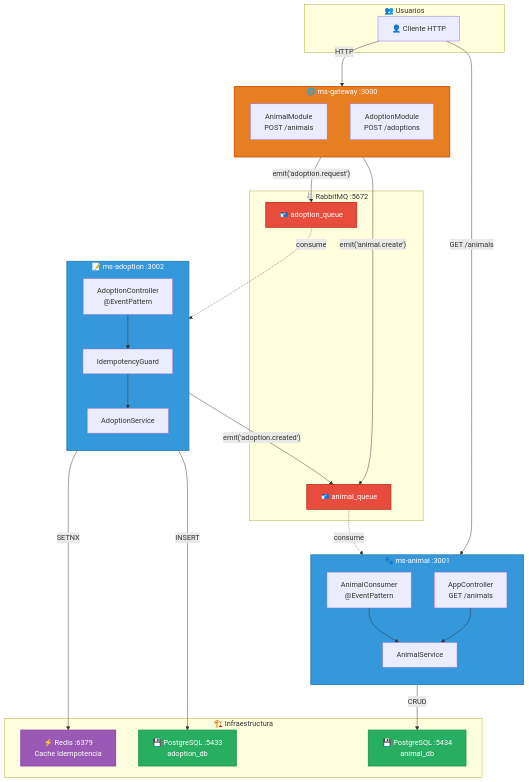
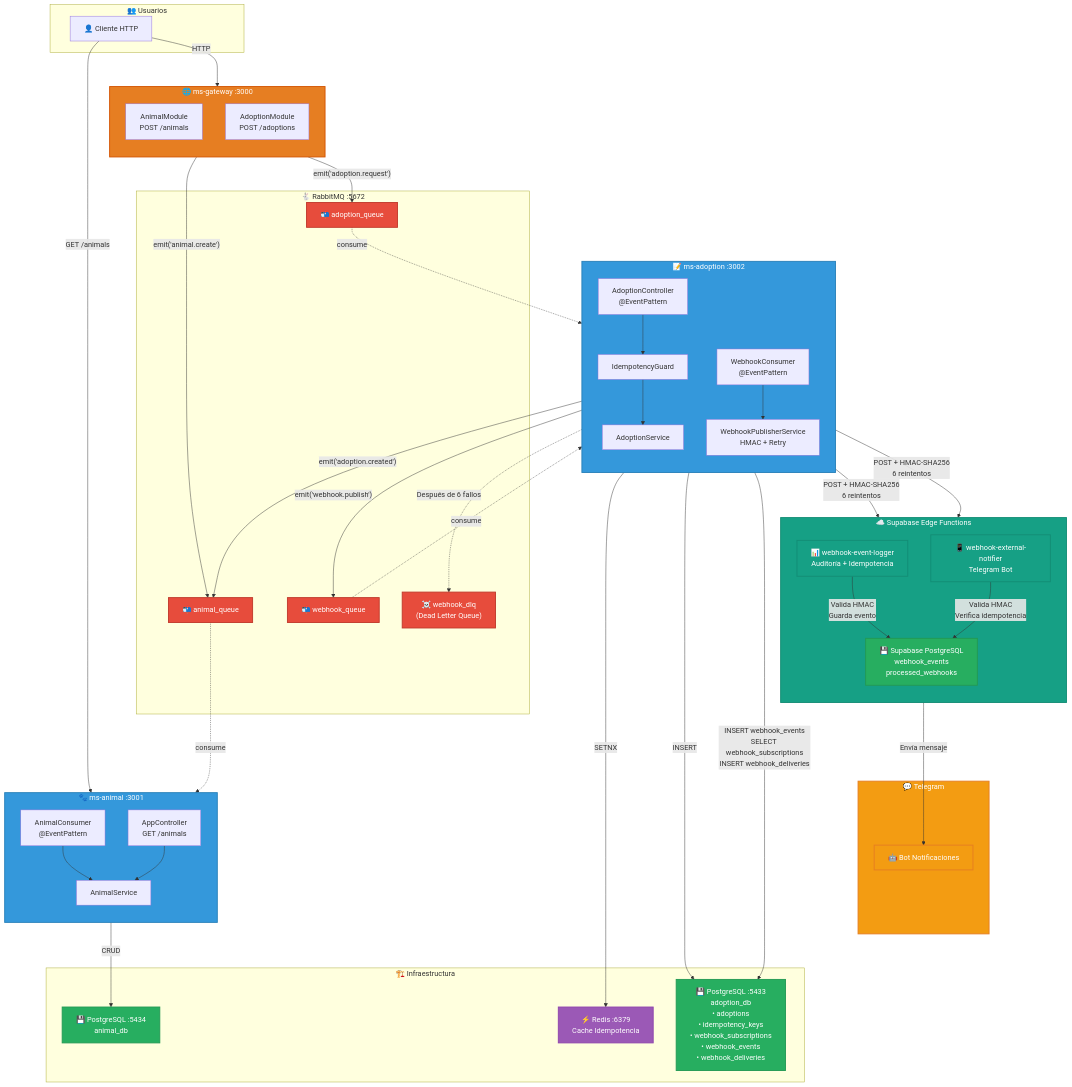
The diagram in README.md (justinz12xd/practicaweb-resilencia), drawn with Mermaid before and after one commit. The commit also changed other lines of this file and 6 other files, not shown here.

````diff
--- a/README.md
+++ b/README.md
@@ -20,6 +20,8 @@
     subgraph RABBIT ["🐇 RabbitMQ :5672"]
         Q_ANIMAL["📬 animal_queue"]
         Q_ADOPT["📬 adoption_queue"]
+        Q_WEBHOOK["📬 webhook_queue"]
+        Q_DLQ["☠️ webhook_dlq<br/>(Dead Letter Queue)"]
     end
 
     %% --- MS ADOPTION ---
@@ -28,6 +30,8 @@
         ADOPT_CTRL["AdoptionController<br/>@EventPattern"]
         ADOPT_SVC["AdoptionService"]
         IDEMP_GUARD["IdempotencyGuard"]
+        WH_CONSUMER["WebhookConsumer<br/>@EventPattern"]
+        WH_PUBLISHER["WebhookPublisherService<br/>HMAC + Retry"]
     end
 
     %% --- MS ANIMAL ---
@@ -38,14 +42,27 @@
         ANI_CTRL["AppController<br/>GET /animals"]
     end
 
+    %% --- SUPABASE EDGE FUNCTIONS ---
+    subgraph SUPABASE ["☁️ Supabase Edge Functions"]
+        direction TB
+        EF_LOGGER["📊 webhook-event-logger<br/>Auditoría + Idempotencia"]
+        EF_NOTIFIER["📱 webhook-external-notifier<br/>Telegram Bot"]
+        SB_DB["💾 Supabase PostgreSQL<br/>webhook_events<br/>processed_webhooks"]
+    end
+
+    %% --- TELEGRAM ---
+    subgraph TELEGRAM ["💬 Telegram"]
+        TG_BOT["🤖 Bot Notificaciones"]
+    end
+
     %% --- INFRAESTRUCTURA ---
     subgraph INFRA ["🏗️ Infraestructura"]
         REDIS["⚡ Redis :6379<br/>Cache Idempotencia"]
-        DB_ADOPT["💾 PostgreSQL :5433<br/>adoption_db"]
+        DB_ADOPT["💾 PostgreSQL :5433<br/>adoption_db<br/>• adoptions<br/>• idempotency_keys<br/>• webhook_subscriptions<br/>• webhook_events<br/>• webhook_deliveries"]
         DB_ANIMAL["💾 PostgreSQL :5434<br/>animal_db"]
     end
 
-    %% --- FLUJOS ---
+    %% --- FLUJOS PRINCIPALES ---
     
     %% Usuario al Gateway
     U1 -->|"HTTP"| GATEWAY
@@ -64,6 +81,20 @@
     IDEMP_GUARD --> ADOPT_SVC
     ADOPT_SVC -->|"INSERT"| DB_ADOPT
     ADOPT_SVC -->|"emit('adoption.created')"| Q_ANIMAL
+    
+    %% NUEVO: Flujo de Webhooks
+    ADOPT_SVC -->|"emit('webhook.publish')"| Q_WEBHOOK
+    Q_WEBHOOK -.->|"consume"| WH_CONSUMER
+    WH_CONSUMER --> WH_PUBLISHER
+    WH_PUBLISHER -->|"INSERT webhook_events<br/>SELECT webhook_subscriptions<br/>INSERT webhook_deliveries"| DB_ADOPT
+    WH_PUBLISHER -->|"POST + HMAC-SHA256<br/>6 reintentos"| EF_LOGGER
+    WH_PUBLISHER -->|"POST + HMAC-SHA256<br/>6 reintentos"| EF_NOTIFIER
+    WH_PUBLISHER -.->|"Después de 6 fallos"| Q_DLQ
+    
+    %% Edge Functions
+    EF_LOGGER -->|"Valida HMAC<br/>Guarda evento"| SB_DB
+    EF_NOTIFIER -->|"Valida HMAC<br/>Verifica idempotencia"| SB_DB
+    EF_NOTIFIER -->|"Envía mensaje"| TG_BOT
 
     %% Flujo interno MS Animal
     ANI_CONSUMER --> ANI_SVC
@@ -79,10 +110,14 @@
     classDef queue fill:#e74c3c,stroke:#c0392b,stroke-width:2px,color:#fff
     classDef db fill:#27ae60,stroke:#229954,stroke-width:2px,color:#fff
     classDef cache fill:#9b59b6,stroke:#8e44ad,stroke-width:2px,color:#fff
+    classDef serverless fill:#16a085,stroke:#138d75,stroke-width:2px,color:#fff
+    classDef external fill:#f39c12,stroke:#e67e22,stroke-width:2px,color:#fff
 
     class GATEWAY gateway
     class MS_ADOPTION,MS_ANIMAL microservice
-    class Q_ANIMAL,Q_ADOPT queue
-    class DB_ADOPT,DB_ANIMAL db
+    class Q_ANIMAL,Q_ADOPT,Q_WEBHOOK,Q_DLQ queue
+    class DB_ADOPT,DB_ANIMAL,SB_DB db
     class REDIS cache
+    class SUPABASE,EF_LOGGER,EF_NOTIFIER serverless
+    class TELEGRAM,TG_BOT external
 ```
````
